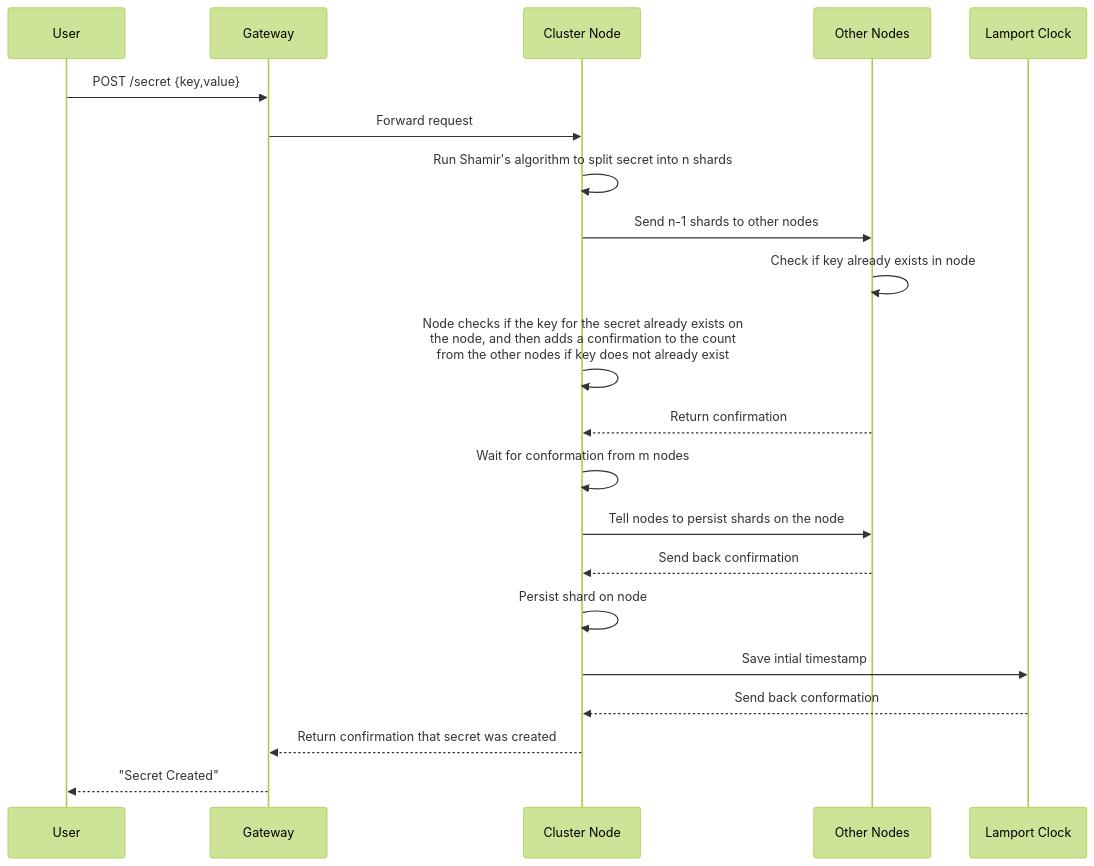
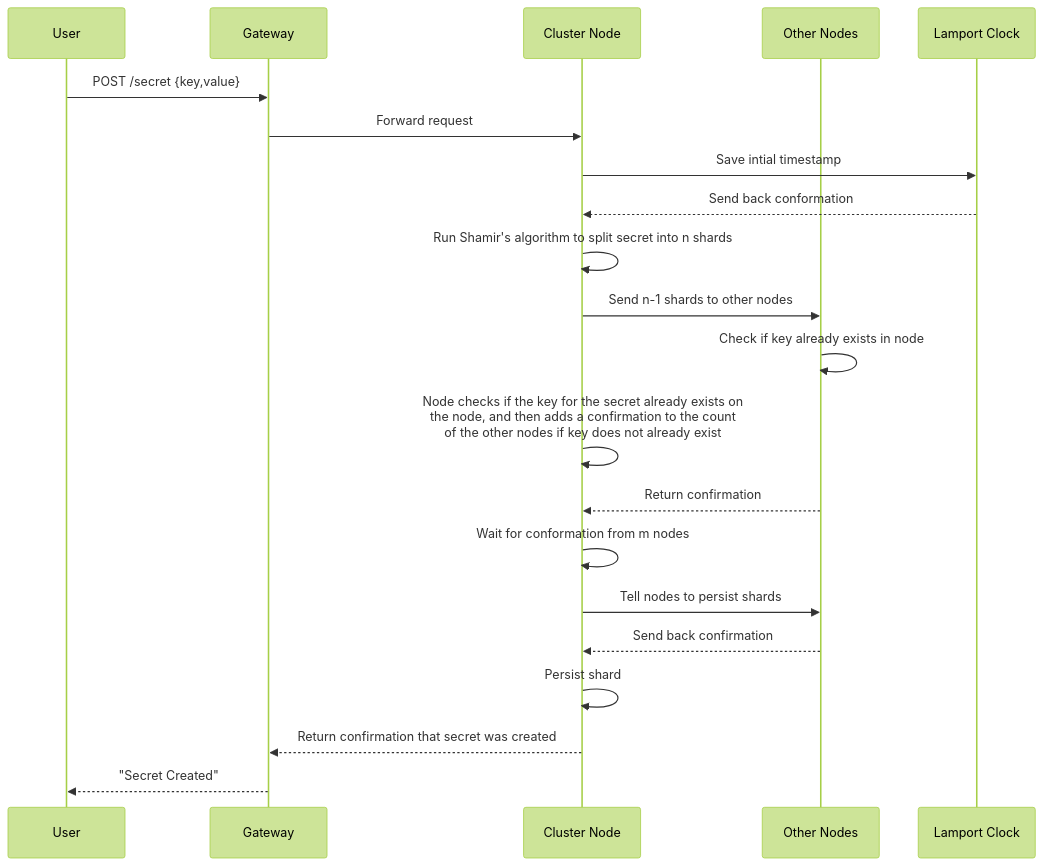
One commit to S26-Distributed-Capstone/DistributedSecretsVault changed the first of 2 diagrams in docs/crud/create.md. Above: the diagram before and after it, drawn with Mermaid (forest theme). The commit also changed other lines of this file, not shown here.

````diff
--- a/docs/crud/create.md
+++ b/docs/crud/create.md
@@ -32,24 +32,24 @@
 ```mermaid
 sequenceDiagram
     participant User
     participant Gateway
     participant Node as Cluster Node
     participant Peers as Other Nodes
     participant Clock as Lamport Clock
 
     User->>Gateway: POST /secret {key,value}
     Gateway->>Node: Forward request
+    Node->>Clock: Save intial timestamp
+    Clock-->>Node: Send back conformation
     Node->>Node: Run Shamir's algorithm to split secret into n shards
     Node->>Peers: Send n-1 shards to other nodes
     Peers->>Peers: Check if key already exists in node
-    Node->>Node: Node checks if the key for the secret already exists on<br> the node, and then adds a confirmation to the count <br>from the other nodes if key does not already exist
+    Node->>Node: Node checks if the key for the secret already exists on<br> the node, and then adds a confirmation to the count <br>of the other nodes if key does not already exist
     Peers-->>Node: Return confirmation
     Node->>Node: Wait for conformation from m nodes
-    Node->>Peers: Tell nodes to persist shards on the node
+    Node->>Peers: Tell nodes to persist shards
     Peers-->>Node: Send back confirmation
-    Node->>Node: Persist shard on node
-    Node->>Clock: Save intial timestamp
-    Clock-->>Node: Send back conformation
+    Node->>Node: Persist shard
     Node-->>Gateway: Return confirmation that secret was created
     Gateway-->>User: "Secret Created"
 ```
````
